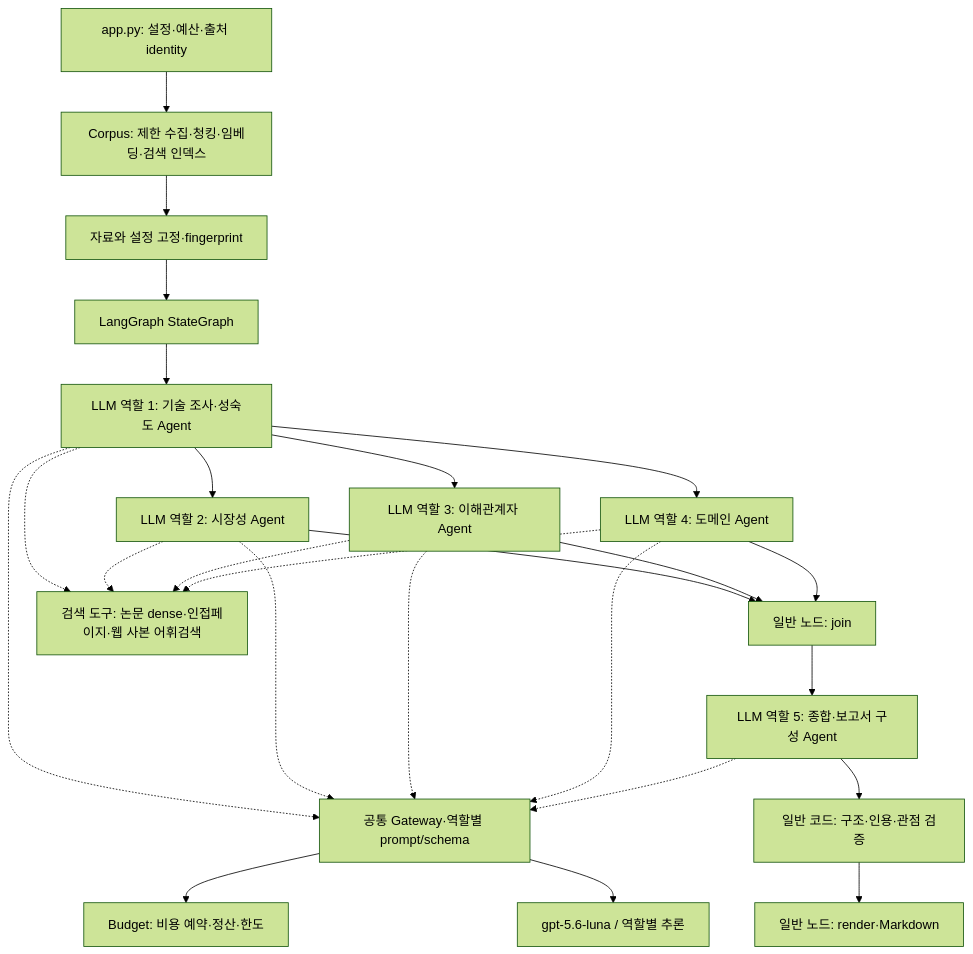
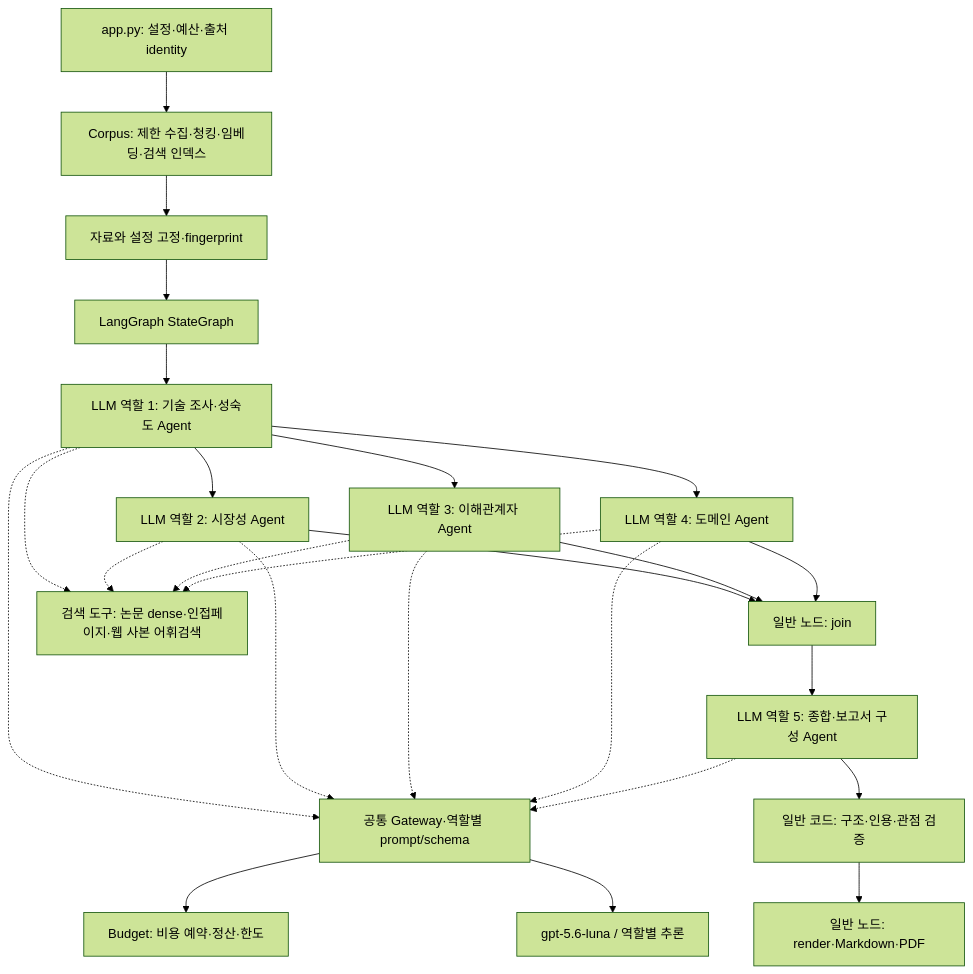
One commit to pbjuni1007-cmyk/skala-rag-project changed the seventh of 7 diagrams in docs/design-report.md. Above: the diagram before and after it, drawn with Mermaid (forest theme). The commit also changed other lines of this file and 3 other files, not shown here.

````diff
--- a/docs/design-report.md
+++ b/docs/design-report.md
@@ -256,27 +256,27 @@
 ```mermaid
 flowchart TB
  CLI["app.py: 설정·예산·출처 identity"] --> PREP["Corpus: 제한 수집·청킹·임베딩·검색 인덱스"]
  PREP --> FIX["자료와 설정 고정·fingerprint"]
  FIX --> SG["LangGraph StateGraph"]
  SG --> R["LLM 역할 1: 기술 조사·성숙도 Agent"]
  R --> M["LLM 역할 2: 시장성 Agent"]
  R --> S["LLM 역할 3: 이해관계자 Agent"]
  R --> D["LLM 역할 4: 도메인 Agent"]
  M --> J["일반 노드: join"]
  S --> J
  D --> J
  J --> Y["LLM 역할 5: 종합·보고서 구성 Agent"]
  Y --> V["일반 코드: 구조·인용·관점 검증"]
- V --> O["일반 노드: render·Markdown"]
+ V --> O["일반 노드: render·Markdown·PDF"]
  R -.-> G["공통 Gateway·역할별 prompt/schema"]
  M -.-> G
  S -.-> G
  D -.-> G
  Y -.-> G
  G --> API["gpt-5.6-luna / 역할별 추론"]
  G --> B["Budget: 비용 예약·정산·한도"]
  R -.-> C["검색 도구: 논문 dense·인접페이지·웹 사본 어휘검색"]
  M -.-> C
  S -.-> C
  D -.-> C
 ```
````
